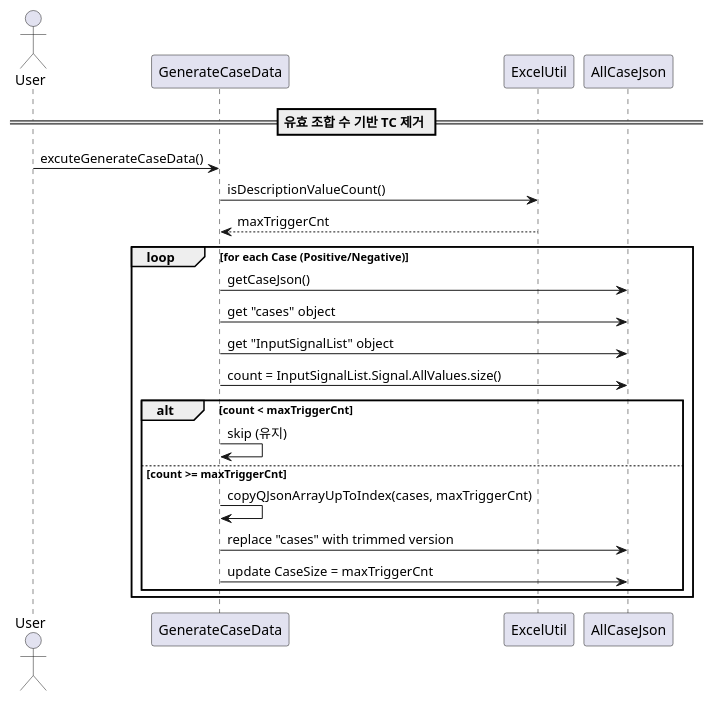
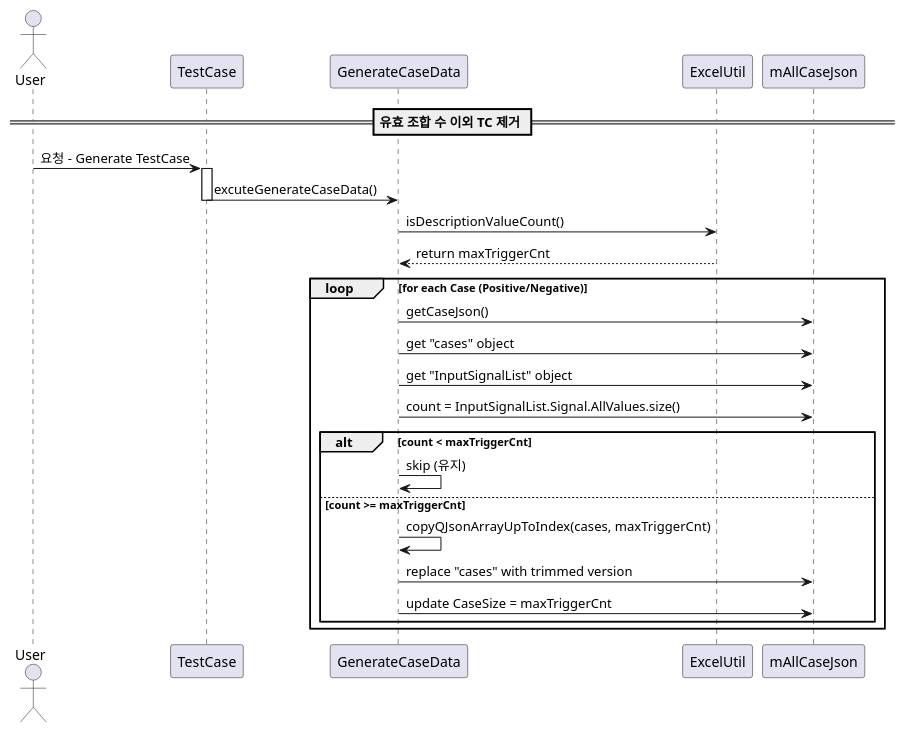
Before and after one commit to rlarudgh1997/Application: the diagram in Diagram/024_GenerateCaseData/SequenceDiagram5_TriggerCntReduction.plantuml, drawn with PlantUML. The commit also changed 13 other files, not shown here.

```diff
--- a/Diagram/024_GenerateCaseData/SequenceDiagram5_TriggerCntReduction.plantuml
+++ b/Diagram/024_GenerateCaseData/SequenceDiagram5_TriggerCntReduction.plantuml
@@ -1,32 +1,35 @@
 @startuml
 
 actor User order 10
-
+participant TestCase order 15
 participant GenerateCaseData order 20
 participant ExcelUtil order 30
-participant "AllCaseJson" as QJsonObject order 40
+participant "mAllCaseJson" as QJsonObject order 40
 
-== 유효 조합 수 기반 TC 제거 ==
+== 유효 조합 수 이외 TC 제거 ==
+User -> TestCase : 요청 - Generate TestCase
 
-User -> GenerateCaseData : excuteGenerateCaseData()
+activate TestCase
+TestCase -> GenerateCaseData : excuteGenerateCaseData()
+deactivate TestCase
 
 GenerateCaseData -> ExcelUtil : isDescriptionValueCount()
-ExcelUtil --> GenerateCaseData : maxTriggerCnt
+ExcelUtil --> GenerateCaseData : return maxTriggerCnt
 
 loop for each Case (Positive/Negative)
     GenerateCaseData -> QJsonObject : getCaseJson()
 
     GenerateCaseData -> QJsonObject : get "cases" object
     GenerateCaseData -> QJsonObject : get "InputSignalList" object
     GenerateCaseData -> QJsonObject : count = InputSignalList.Signal.AllValues.size()
 
     alt count < maxTriggerCnt
         GenerateCaseData -> GenerateCaseData : skip (유지)
     else count >= maxTriggerCnt
         GenerateCaseData -> GenerateCaseData : copyQJsonArrayUpToIndex(cases, maxTriggerCnt)
         GenerateCaseData -> QJsonObject : replace "cases" with trimmed version
         GenerateCaseData -> QJsonObject : update CaseSize = maxTriggerCnt
     end
 end
 
 @enduml
```
